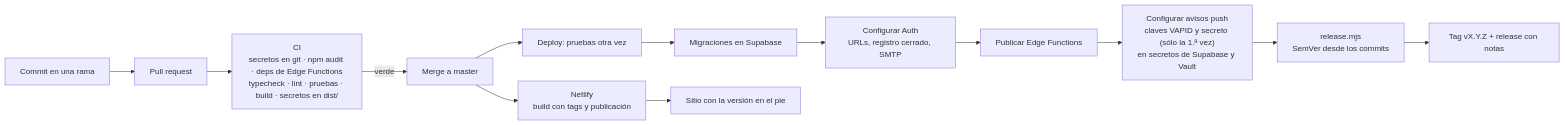
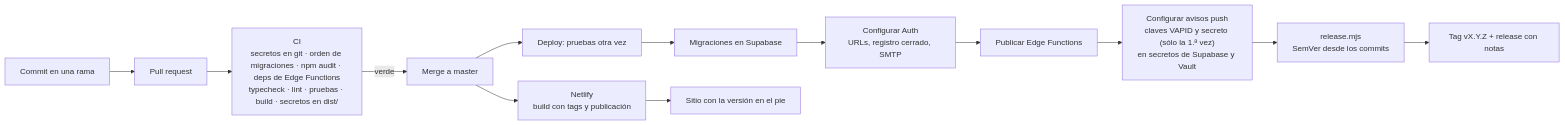
Before and after one commit to Juan-Carlos-Estevez-Vargas/Camila-Sanchez: diagram 39 of 44 in docs/DIAGRAMAS.md, drawn with Mermaid. The commit also changed 9 other files, not shown here.

````diff
--- a/docs/DIAGRAMAS.md
+++ b/docs/DIAGRAMAS.md
@@ -953,15 +953,15 @@
 ```mermaid
 flowchart LR
   DEV["Commit en una rama"] --> PR["Pull request"]
-  PR --> CI["CI<br/>secretos en git · npm audit · deps de Edge Functions<br/>typecheck · lint · pruebas · build · secretos en dist/"]
+  PR --> CI["CI<br/>secretos en git · orden de migraciones · npm audit · deps de Edge Functions<br/>typecheck · lint · pruebas · build · secretos en dist/"]
   CI -- "verde" --> M["Merge a master"]
   M --> D1["Deploy: pruebas otra vez"]
   D1 --> D2["Migraciones en Supabase"]
   D2 --> D3["Configurar Auth<br/>URLs, registro cerrado, SMTP"]
   D3 --> D4["Publicar Edge Functions"]
   D4 --> D5["Configurar avisos push<br/>claves VAPID y secreto (sólo la 1.ª vez)<br/>en secretos de Supabase y Vault"]
   D5 --> REL["release.mjs<br/>SemVer desde los commits"]
   REL --> TAG["Tag vX.Y.Z + release con notas"]
   M --> NET["Netlify<br/>build con tags y publicación"]
   NET --> WEB["Sitio con la versión en el pie"]
 ```
````
